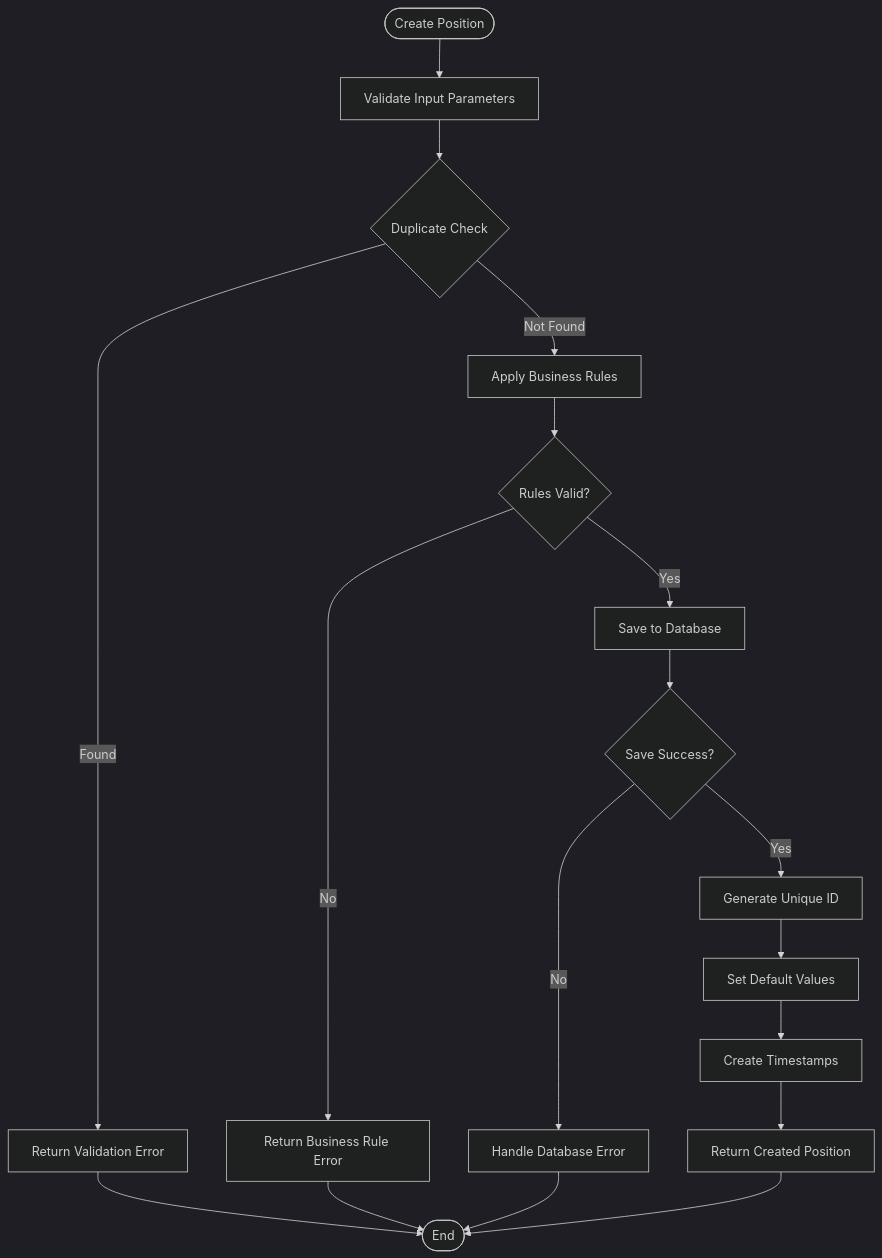
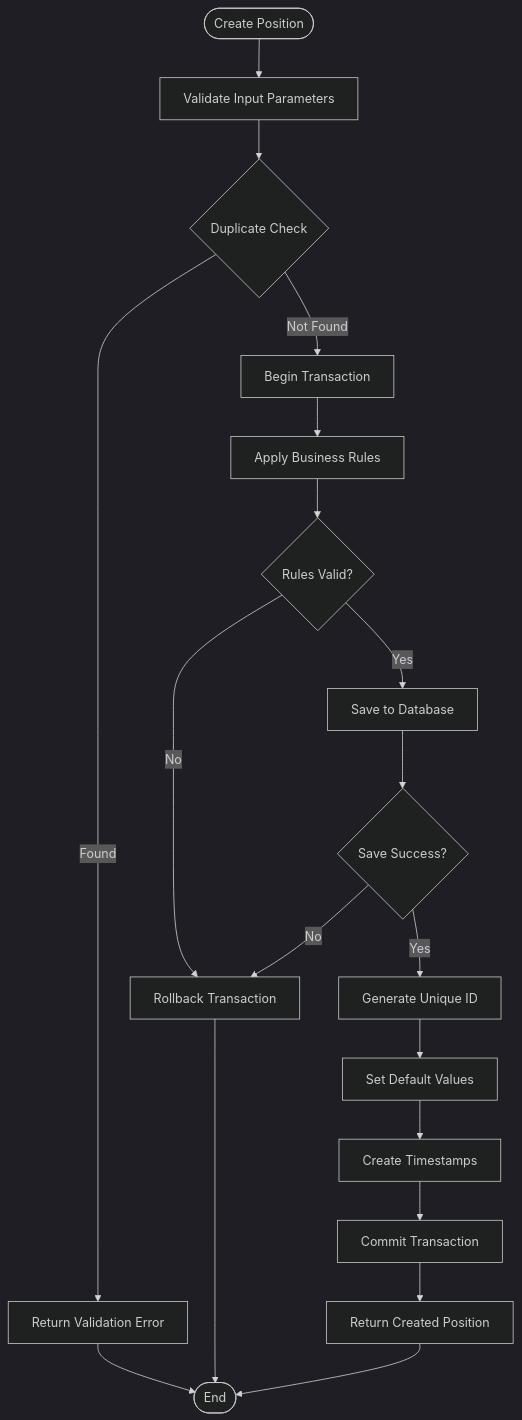
The fourth of 7 diagrams in .qoder/repowiki/en/content/API Reference/Repository API/Position Repository.md (iliyas77/MTF-monitor), drawn with Mermaid (dark theme) before and after one commit. The commit also changed other lines of this file and 69 other files, not shown here.

````diff
--- a/.qoder/repowiki/en/content/API Reference/Repository API/Position Repository.md
+++ b/.qoder/repowiki/en/content/API Reference/Repository API/Position Repository.md
@@ -174,20 +212,21 @@
 ```mermaid
 flowchart TD
 Start([Create Position]) --> ValidateInput["Validate Input Parameters"]
 ValidateInput --> CheckDuplicates{"Duplicate Check"}
 CheckDuplicates --> |Found| Error["Return Validation Error"]
-CheckDuplicates --> |Not Found| ApplyRules["Apply Business Rules"]
+CheckDuplicates --> |Not Found| BeginTxn["Begin Transaction"]
+BeginTxn --> ApplyRules["Apply Business Rules"]
 ApplyRules --> RulesValid{"Rules Valid?"}
-RulesValid --> |No| ValidationError["Return Business Rule Error"]
+RulesValid --> |No| Rollback["Rollback Transaction"]
 RulesValid --> |Yes| SaveToDB["Save to Database"]
 SaveToDB --> DBSuccess{"Save Success?"}
-DBSuccess --> |No| DBError["Handle Database Error"]
+DBSuccess --> |No| Rollback
 DBSuccess --> |Yes| GenerateID["Generate Unique ID"]
 GenerateID --> SetDefaults["Set Default Values"]
 SetDefaults --> CreateTimestamps["Create Timestamps"]
-CreateTimestamps --> ReturnResult["Return Created Position"]
+CreateTimestamps --> CommitTxn["Commit Transaction"]
+CommitTxn --> ReturnResult["Return Created Position"]
 Error --> End([End])
-ValidationError --> End
-DBError --> End
+Rollback --> End
 ReturnResult --> End
 ```
````
